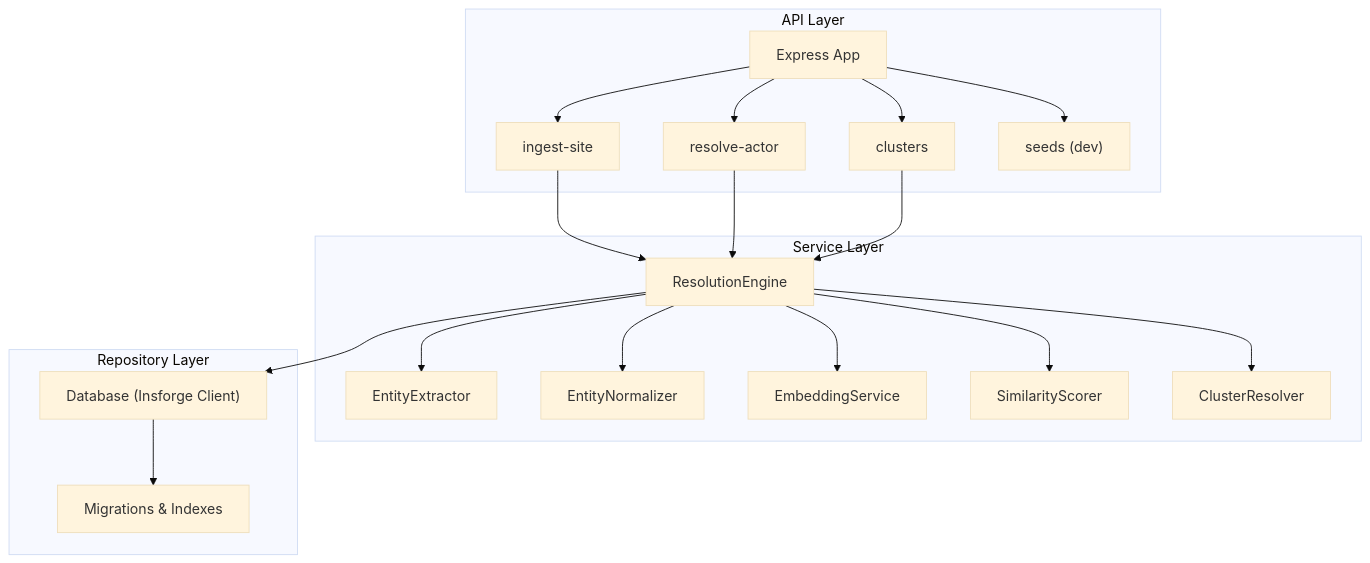
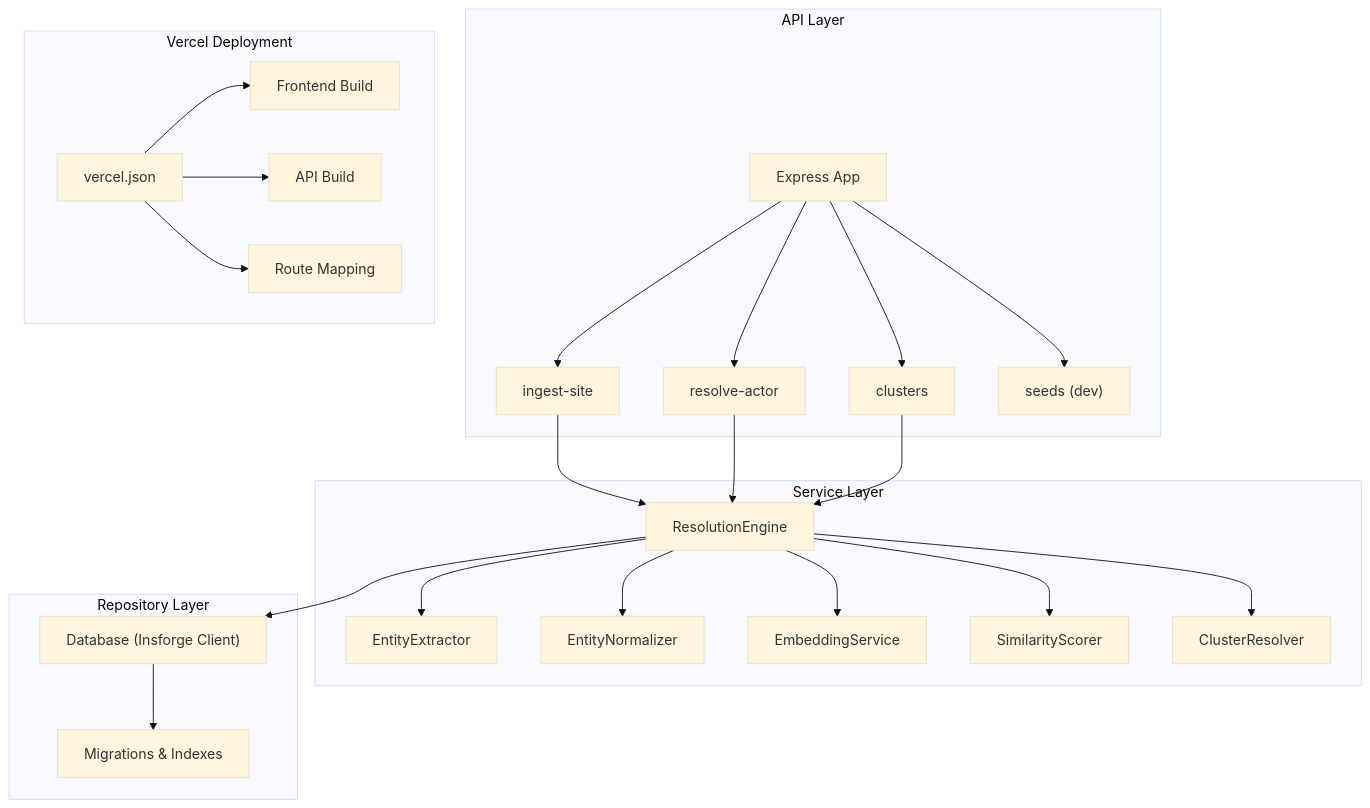
Before and after one commit to vishnusaibhosekar/ares: the second of 6 diagrams in .qoder/repowiki/en/content/Deployment & Operations.md, drawn with Mermaid (base theme). The commit also changed other lines of this file and 6 other files, not shown here.

````diff
--- a/.qoder/repowiki/en/content/Deployment & Operations.md
+++ b/.qoder/repowiki/en/content/Deployment & Operations.md
@@ -118,33 +125,42 @@
 ```mermaid
 graph TB
 subgraph "API Layer"
 S["Express App"]
 R1["ingest-site"]
 R2["resolve-actor"]
 R3["clusters"]
 R4["seeds (dev)"]
 end
 subgraph "Service Layer"
 SE["EntityExtractor"]
 SN["EntityNormalizer"]
 ES["EmbeddingService"]
 SS["SimilarityScorer"]
 CR["ClusterResolver"]
 RE["ResolutionEngine"]
 end
 subgraph "Repository Layer"
 DB["Database (Insforge Client)"]
 MIG["Migrations & Indexes"]
 end
+subgraph "Vercel Deployment"
+VB["vercel.json"]
+V1["Frontend Build"]
+V2["API Build"]
+V3["Route Mapping"]
+end
 S --> R1 --> RE
 S --> R2 --> RE
 S --> R3 --> RE
 S --> R4
 RE --> SE
 RE --> SN
 RE --> ES
 RE --> SS
 RE --> CR
 RE --> DB
 DB --> MIG
+VB --> V1
+VB --> V2
+VB --> V3
 ```
````
